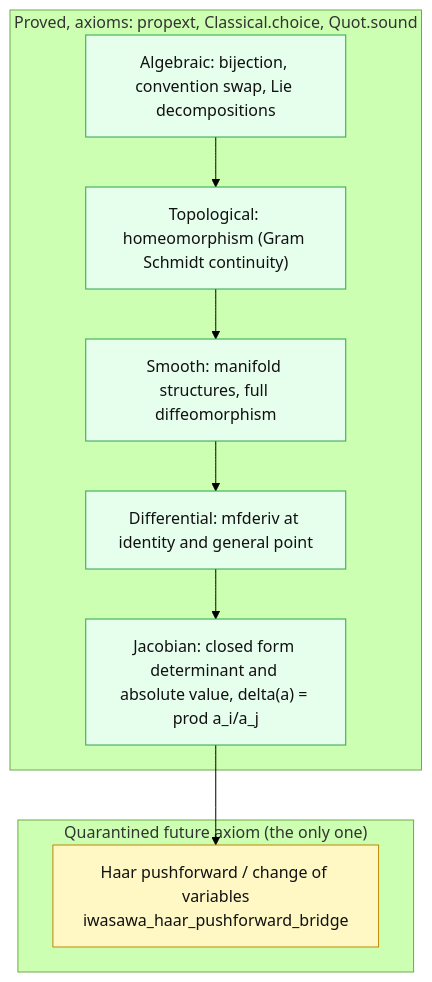
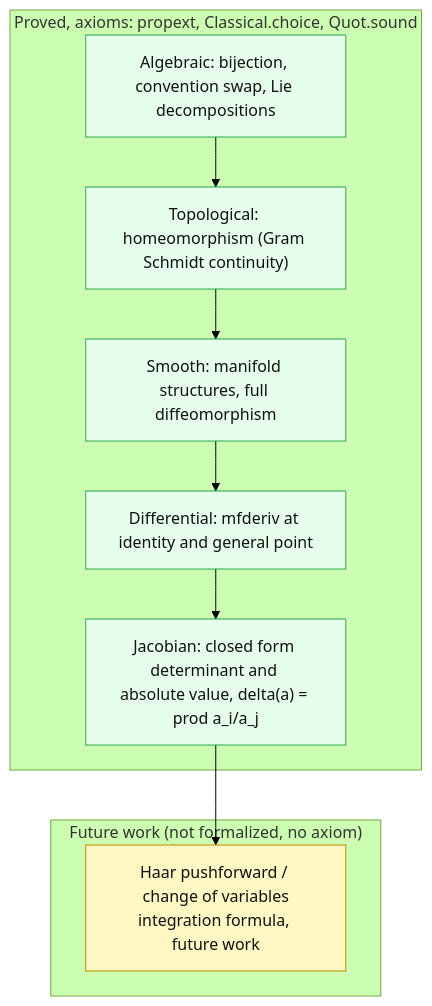
One commit to CuteSurtr/iwasawa-change-of-coordinates changed the second of 4 diagrams in README.md. Above: the diagram before and after it, drawn with Mermaid (forest theme). The commit also changed other lines of this file and 2 other files, not shown here.

First line of the commit message:
Sync docs to the axiom clean state after removing the placeholder axiom

````diff
--- a/README.md
+++ b/README.md
@@ -79,18 +81,18 @@
 ```mermaid
 flowchart TD
     subgraph CLEAN["Proved, axioms: propext, Classical.choice, Quot.sound"]
         S1["Algebraic: bijection, convention swap, Lie decompositions"]
         S2["Topological: homeomorphism (Gram Schmidt continuity)"]
         S3["Smooth: manifold structures, full diffeomorphism"]
         S4["Differential: mfderiv at identity and general point"]
         S5["Jacobian: closed form determinant and absolute value, delta(a) = prod a_i/a_j"]
     end
-    subgraph AX["Quarantined future axiom (the only one)"]
-        H["Haar pushforward / change of variables<br/>iwasawa_haar_pushforward_bridge"]
+    subgraph AX["Future work (not formalized, no axiom)"]
+        H["Haar pushforward / change of variables<br/>integration formula, future work"]
     end
     S1 --> S2 --> S3 --> S4 --> S5 --> H
     classDef ok fill:#e6ffed,stroke:#2da44e,color:#111;
     classDef ax fill:#fff8c5,stroke:#bf8700,color:#111;
     class S1,S2,S3,S4,S5 ok;
     class H ax;
 ```
````
